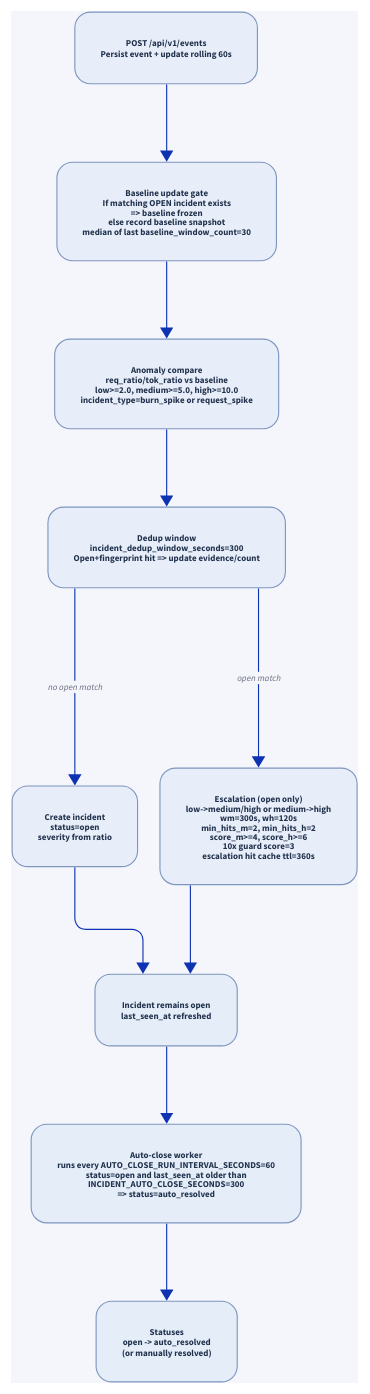
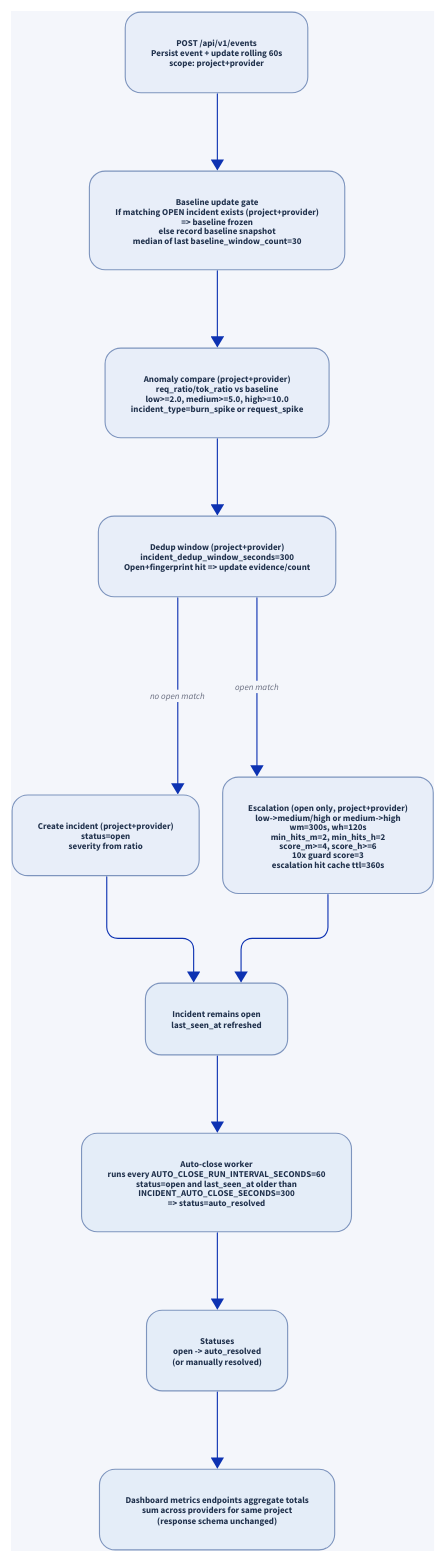
Before and after one commit to MichaelTelvin/Rheonic: the diagram in docs/architecture/incident_flow.d2, drawn with D2. The commit also changed 60 other files, not shown here.

Commit message:
refactor to support multiple providers per project

```diff
--- a/docs/architecture/incident_flow.d2
+++ b/docs/architecture/incident_flow.d2
@@ -1,167 +1,184 @@
 direction: down
 
 vars: {
   d2-config: {
     pad: 22
     sketch: false
     layout-engine: elk
   }
 }
 
 style: {
   fill: "#f4f6fb"
 }
 
-ingest: "POST /api/v1/events\nPersist event + update rolling 60s" {
+ingest: "POST /api/v1/events\nPersist event + update rolling 60s\nscope: project+provider" {
   style: {
     fill: "#e8eef9"
     stroke: "#7e95be"
     font-color: "#21324d"
     border-radius: 14
     font-size: 8
     stroke-width: 1
   }
 }
 
-baseline: "Baseline update gate\nIf matching OPEN incident exists\n=> baseline frozen\nelse record baseline snapshot\nmedian of last baseline_window_count=30" {
+baseline: "Baseline update gate\nIf matching OPEN incident exists (project+provider)\n=> baseline frozen\nelse record baseline snapshot\nmedian of last baseline_window_count=30" {
   style: {
     fill: "#e8eef9"
     stroke: "#7e95be"
     font-color: "#21324d"
     border-radius: 14
     font-size: 8
     stroke-width: 1
   }
 }
 
-detect: "Anomaly compare\nreq_ratio/tok_ratio vs baseline\nlow>=2.0, medium>=5.0, high>=10.0\nincident_type=burn_spike or request_spike" {
+detect: "Anomaly compare (project+provider)\nreq_ratio/tok_ratio vs baseline\nlow>=2.0, medium>=5.0, high>=10.0\nincident_type=burn_spike or request_spike" {
   style: {
     fill: "#e8eef9"
     stroke: "#7e95be"
     font-color: "#21324d"
     border-radius: 14
     font-size: 8
     stroke-width: 1
   }
 }
 
-dedup: "Dedup window\nincident_dedup_window_seconds=300\nOpen+fingerprint hit => update evidence/count" {
+dedup: "Dedup window (project+provider)\nincident_dedup_window_seconds=300\nOpen+fingerprint hit => update evidence/count" {
   style: {
     fill: "#e8eef9"
     stroke: "#7e95be"
     font-color: "#21324d"
     border-radius: 14
     font-size: 8
     stroke-width: 1
   }
 }
 
-create: "Create incident\nstatus=open\nseverity from ratio" {
+create: "Create incident (project+provider)\nstatus=open\nseverity from ratio" {
   style: {
     fill: "#e8eef9"
     stroke: "#7e95be"
     font-color: "#21324d"
     border-radius: 14
     font-size: 8
     stroke-width: 1
   }
 }
 
-escalate: "Escalation (open only)\nlow->medium/high or medium->high\nwm=300s, wh=120s\nmin_hits_m=2, min_hits_h=2\nscore_m>=4, score_h>=6\n10x guard score=3\nescalation hit cache ttl=360s" {
+escalate: "Escalation (open only, project+provider)\nlow->medium/high or medium->high\nwm=300s, wh=120s\nmin_hits_m=2, min_hits_h=2\nscore_m>=4, score_h>=6\n10x guard score=3\nescalation hit cache ttl=360s" {
   style: {
     fill: "#e8eef9"
     stroke: "#7e95be"
     font-color: "#21324d"
     border-radius: 14
     font-size: 8
     stroke-width: 1
   }
 }
 
 keep_open: "Incident remains open\nlast_seen_at refreshed" {
   style: {
     fill: "#e4edf8"
     stroke: "#7e95be"
     font-color: "#21324d"
     border-radius: 14
     font-size: 8
     stroke-width: 1
   }
 }
 
 auto_close: "Auto-close worker\nruns every AUTO_CLOSE_RUN_INTERVAL_SECONDS=60\nstatus=open and last_seen_at older than\nINCIDENT_AUTO_CLOSE_SECONDS=300\n=> status=auto_resolved" {
   style: {
     fill: "#e4edf8"
     stroke: "#7e95be"
     font-color: "#21324d"
     border-radius: 14
     font-size: 8
     stroke-width: 1
   }
 }
 
 resolved: "Statuses\nopen -> auto_resolved\n(or manually resolved)" {
+  style: {
+    fill: "#e4edf8"
+    stroke: "#7e95be"
+    font-color: "#21324d"
+    border-radius: 14
+    font-size: 8
+    stroke-width: 1
+  }
+}
+
+aggregate: "Dashboard metrics endpoints aggregate totals\nsum across providers for same project\n(response schema unchanged)" {
   style: {
     fill: "#e4edf8"
     stroke: "#7e95be"
     font-color: "#21324d"
     border-radius: 14
     font-size: 8
     stroke-width: 1
   }
 }
 
 ingest -> baseline: {
   style: {
     stroke-width: 1
     font-size: 8
   }
 }
 baseline -> detect: {
   style: {
     stroke-width: 1
     font-size: 8
   }
 }
 detect -> dedup: {
   style: {
     stroke-width: 1
     font-size: 8
   }
 }
 dedup -> create: "no open match" {
   style: {
     stroke-width: 1
     font-size: 8
   }
 }
 dedup -> escalate: "open match" {
   style: {
     stroke-width: 1
     font-size: 8
   }
 }
 create -> keep_open: {
   style: {
     stroke-width: 1
     font-size: 8
   }
 }
 escalate -> keep_open: {
   style: {
     stroke-width: 1
     font-size: 8
   }
 }
 keep_open -> auto_close: {
   style: {
     stroke-width: 1
     font-size: 8
   }
 }
 auto_close -> resolved: {
   style: {
     stroke-width: 1
     font-size: 8
   }
 }
+resolved -> aggregate: {
+  style: {
+    stroke-width: 1
+    font-size: 8
+  }
+}
```
